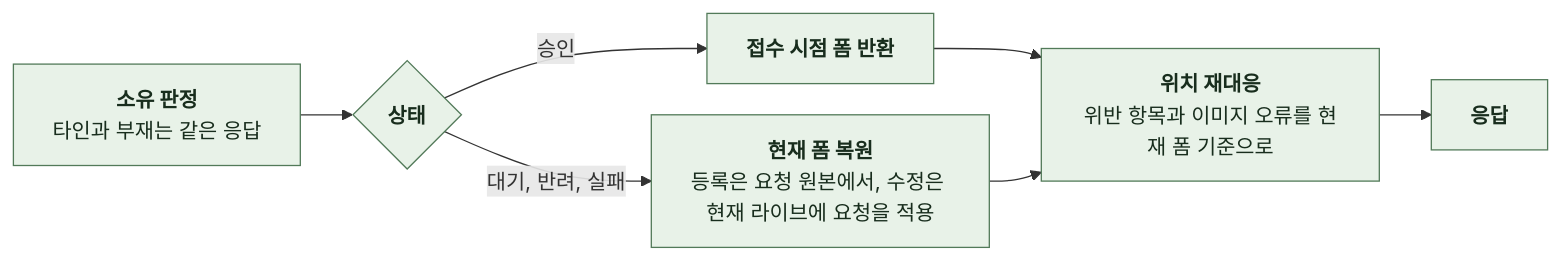
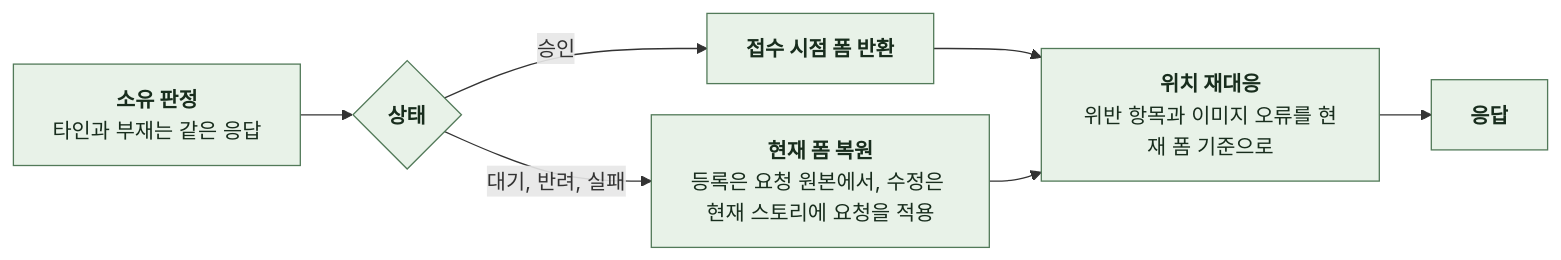
The second of 9 diagrams in docs/domain/MODERATION/BACKEND/4-1-PIPELINES.md (KIM-N-KANG/knk-harness), drawn with Mermaid before and after one commit. The commit also changed other lines of this file and 10 other files, not shown here.

````diff
--- a/docs/domain/MODERATION/BACKEND/4-1-PIPELINES.md
+++ b/docs/domain/MODERATION/BACKEND/4-1-PIPELINES.md
@@ -64,15 +64,15 @@
 ```mermaid
 %%{init: {"flowchart": {"curve": "basis", "nodeSpacing": 24, "rankSpacing": 40}}}%%
 flowchart LR
     A["`**소유 판정**
 타인과 부재는 같은 응답`"] --> B{"`**상태**`"}
     B -->|승인| C["`**접수 시점 폼 반환**`"]
     B -->|대기, 반려, 실패| D["`**현재 폼 복원**
-등록은 요청 원본에서, 수정은 현재 라이브에 요청을 적용`"]
+등록은 요청 원본에서, 수정은 현재 스토리에 요청을 적용`"]
     C --> E["`**위치 재대응**
 위반 항목과 이미지 오류를 현재 폼 기준으로`"]
     D --> E
     E --> F["`**응답**`"]
     classDef comp fill:#E8F2E8,stroke:#527A59,color:#182D1D
     class A,B,C,D,E,F comp
 ```
````
